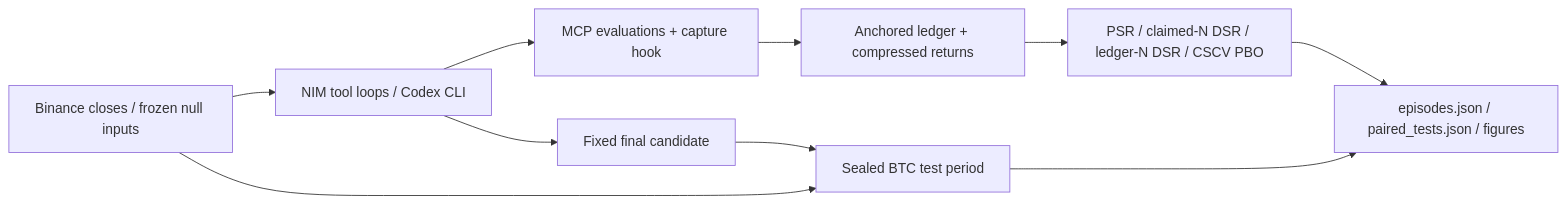
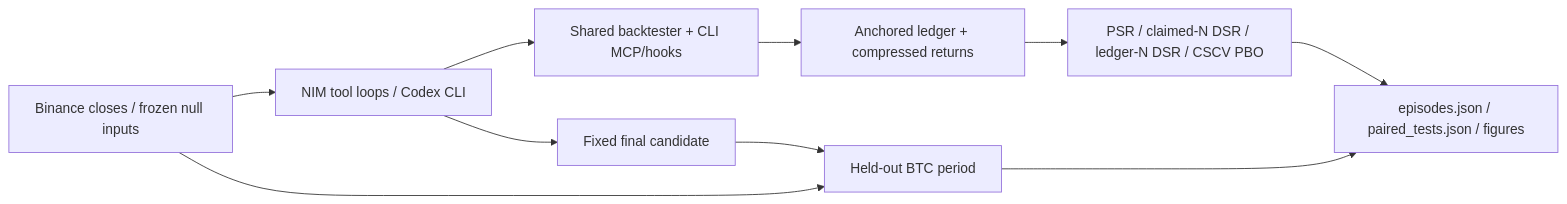
The diagram in README.md (ncoprod/trial-ledger), drawn with Mermaid before and after one commit. The commit also changed other lines of this file and 119 other files, not shown here.

````diff
--- a/README.md
+++ b/README.md
@@ -18,12 +18,12 @@
 ```mermaid
 flowchart LR
     D["Binance closes / frozen null inputs"] --> A["NIM tool loops / Codex CLI"]
-    A --> M["MCP evaluations + capture hook"]
+    A --> M["Shared backtester + CLI MCP/hooks"]
     M --> L["Anchored ledger + compressed returns"]
     L --> E["PSR / claimed-N DSR / ledger-N DSR / CSCV PBO"]
     E --> R["episodes.json / paired_tests.json / figures"]
-    D --> H["Sealed BTC test period"]
+    D --> H["Held-out BTC period"]
     A --> F["Fixed final candidate"]
     F --> H
     H --> R
 ```
````
